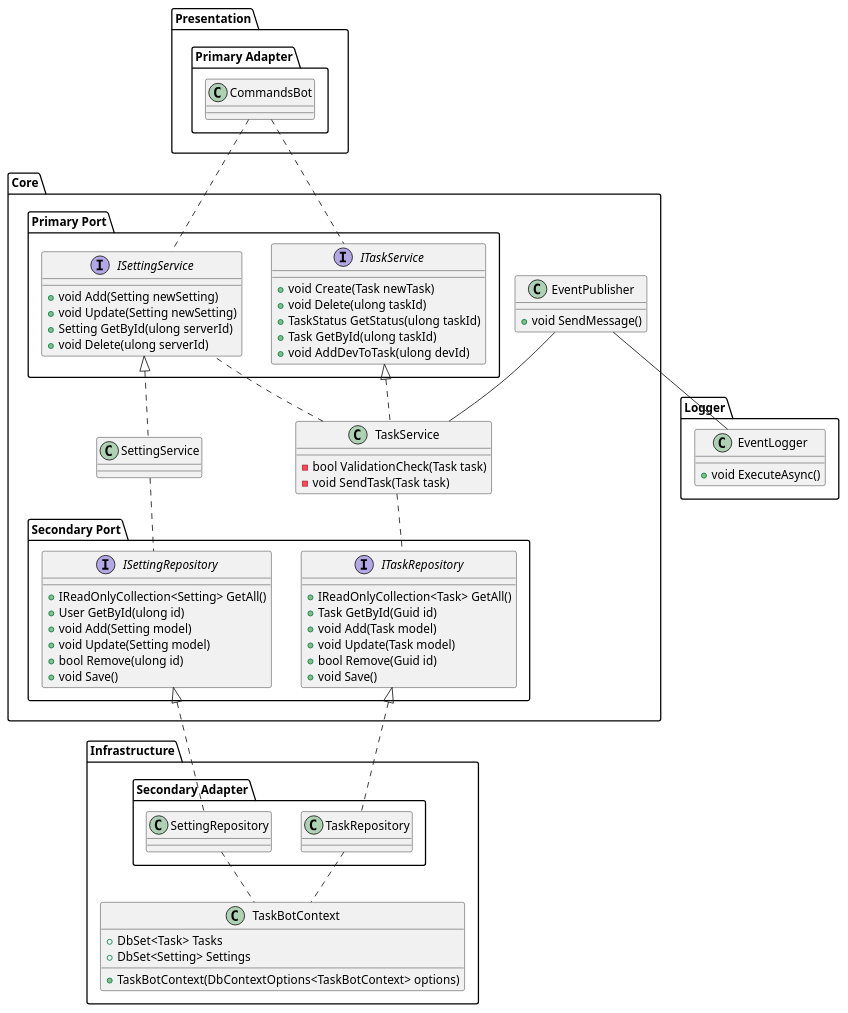
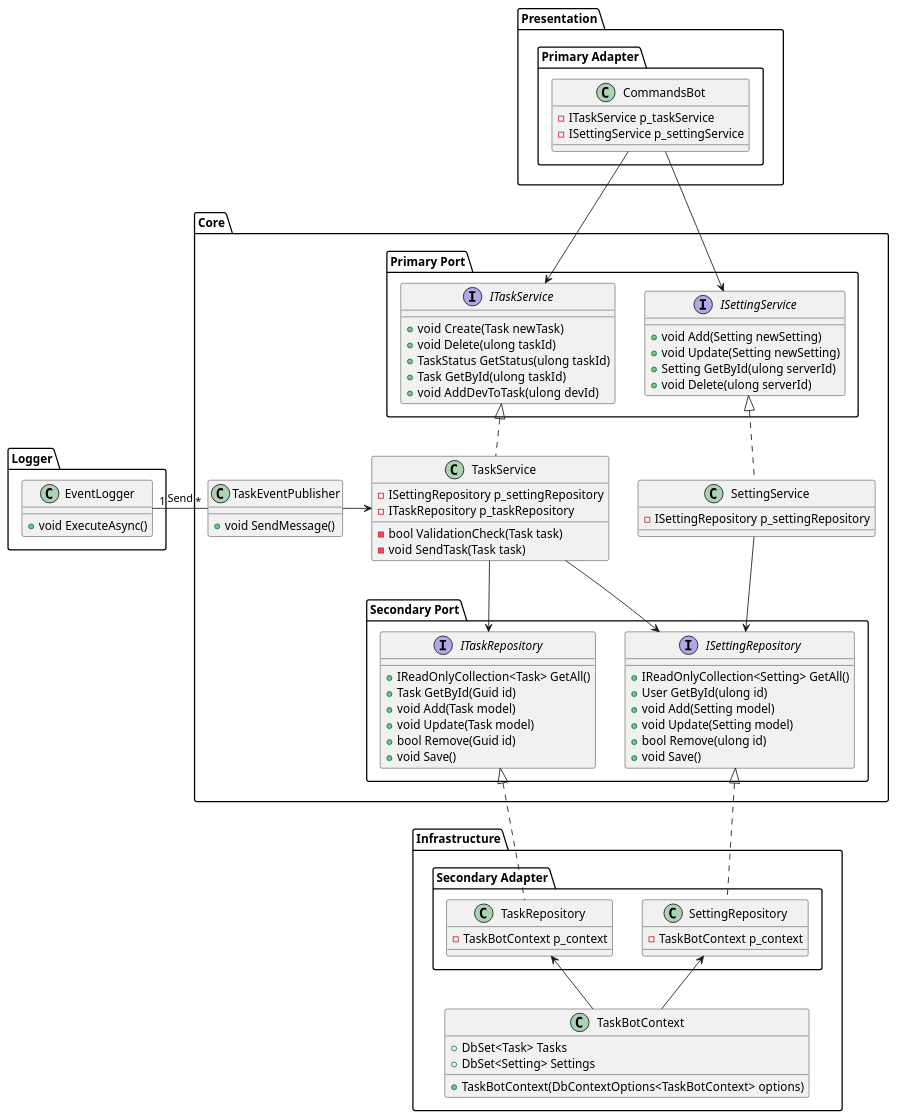
One commit to deworldgreen123/MCDisBot changed the diagram in Docs/Diagrams/MainClassDiagram.puml. Above: the diagram before and after it, drawn with PlantUML.

Commit message:
fix: class diagram

```diff
--- a/Docs/Diagrams/MainClassDiagram.puml
+++ b/Docs/Diagrams/MainClassDiagram.puml
@@ -1,92 +1,105 @@
 @startuml
 package "Presentation" {
   package "Primary Adapter" {
-    Class CommandsBot
+    Class CommandsBot {
+      -ITaskService p_taskService
+      -ISettingService p_settingService
+    }
   }
 }
 
 package "Core" {
   package "Primary Port" {
     interface ITaskService {
       +void Create(Task newTask)
       +void Delete(ulong taskId)
       +TaskStatus GetStatus(ulong taskId)
       +Task GetById(ulong taskId)
       +void AddDevToTask(ulong devId)
     }
 
     interface ISettingService {
       +void Add(Setting newSetting)
       +void Update(Setting newSetting)
       +Setting GetById(ulong serverId)
       +void Delete(ulong serverId)
     }
   }
 
   Class TaskService {
+    -ISettingRepository p_settingRepository
+    -ITaskRepository p_taskRepository
+
     -bool ValidationCheck(Task task)
     -void SendTask(Task task)
   }
 
   Class SettingService {
+    -ISettingRepository p_settingRepository
   }
 
-  Class EventPublisher {
+  Class TaskEventPublisher {
     +void SendMessage()
   }
 
   package "Secondary Port" {
     interface ITaskRepository {
       +IReadOnlyCollection<Task> GetAll()
       +Task GetById(Guid id)
       +void Add(Task model)
       +void Update(Task model)
       +bool Remove(Guid id)
       +void Save()
     }
 
     interface ISettingRepository {
       +IReadOnlyCollection<Setting> GetAll()
       +User GetById(ulong id)
       +void Add(Setting model)
       +void Update(Setting model)
       +bool Remove(ulong id)
       +void Save()
     }
   }
 }
 
 package "Infrastructure" {
   package "Secondary Adapter" {
-    Class TaskRepository
+    Class TaskRepository{
+      -TaskBotContext p_context
+    }
 
-    Class SettingRepository
+    Class SettingRepository{
+      -TaskBotContext p_context
+    }
   }
   
   Class TaskBotContext {
     +TaskBotContext(DbContextOptions<TaskBotContext> options)
     +DbSet<Task> Tasks
     +DbSet<Setting> Settings
   }
 }
 
 package "Logger" {
   Class EventLogger {
     +void ExecuteAsync()
   }
 }
 
-CommandsBot .. ITaskService
-CommandsBot .. ISettingService
+CommandsBot --> ITaskService
+CommandsBot --> ISettingService
+
 ITaskService <|.. TaskService
 ISettingService <|.. SettingService
-TaskService .. ITaskRepository
-TaskService .. ISettingService
-SettingService .. ISettingRepository
+TaskService --> ITaskRepository
+TaskService --> ISettingRepository
+SettingService --> ISettingRepository
+TaskEventPublisher "*" -l- "1" EventLogger : "Send"
+TaskEventPublisher -r-> TaskService
+
 ITaskRepository <|.d. TaskRepository
 ISettingRepository <|.d. SettingRepository
-TaskBotContext .u. TaskRepository
-TaskBotContext .u. SettingRepository
-EventPublisher -- EventLogger
-EventPublisher -- TaskService
+TaskBotContext -u-> TaskRepository
+TaskBotContext -u-> SettingRepository
 @enduml
```
